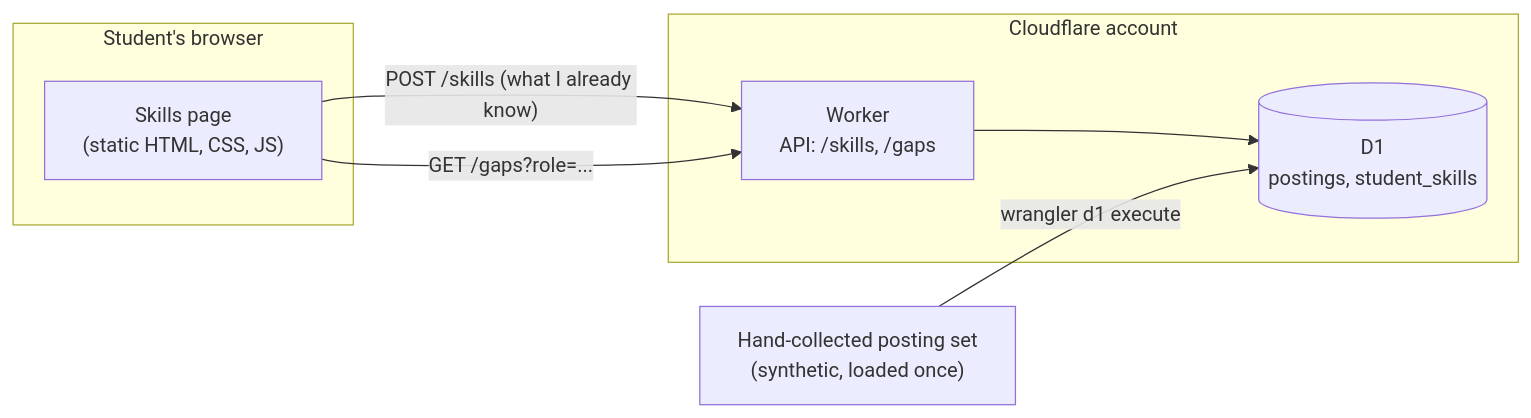
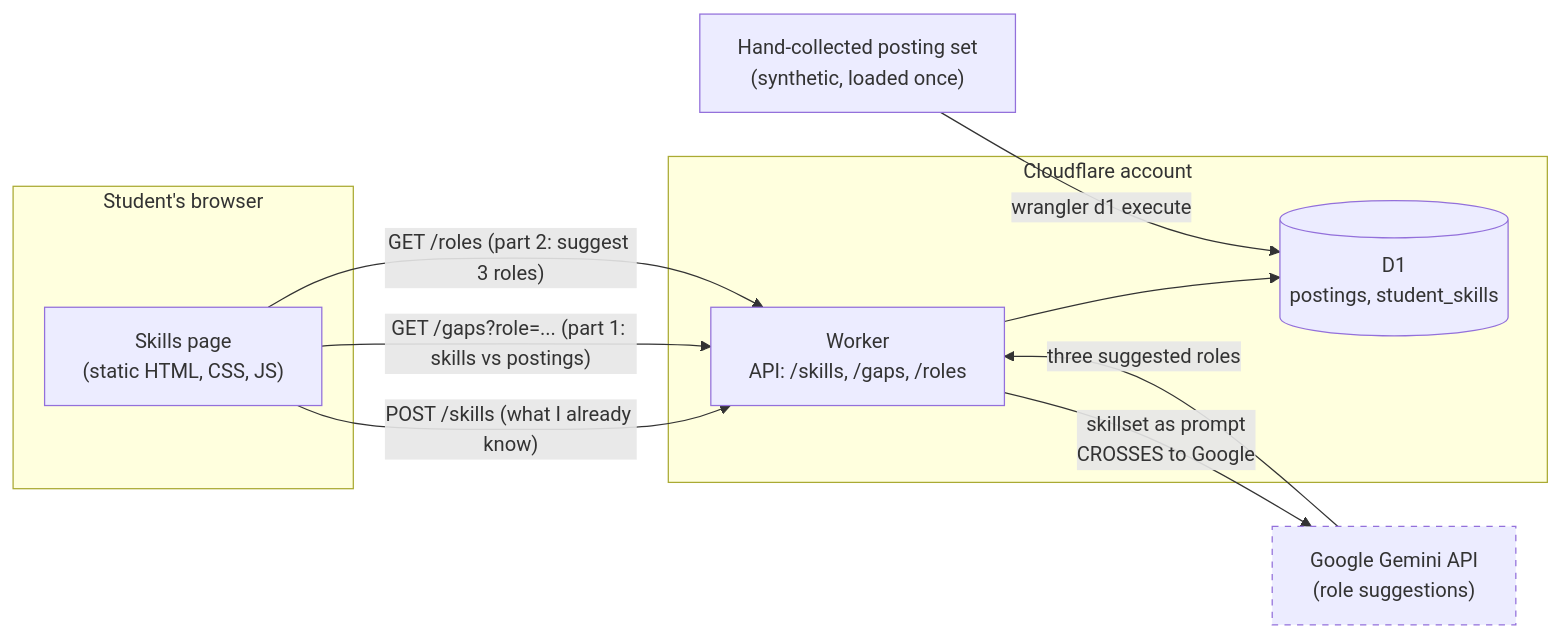
The diagram in context/ARCHITECTURE.md (aaronsarasota04/mgt3745-team-gamma), drawn with Mermaid before and after one commit. The commit also changed other lines of this file, not shown here.

First line of the commit message:
ARCHITECTURE.md: name the Gemini crossing, revise the Gate score

````diff
--- a/context/ARCHITECTURE.md
+++ b/context/ARCHITECTURE.md
@@ -174,16 +207,22 @@
 ```mermaid
 flowchart LR
     subgraph Student["Student's browser"]
         SP["Skills page<br/>(static HTML, CSS, JS)"]
     end
     subgraph CF["Cloudflare account"]
-        W["Worker<br/>API: /skills, /gaps"]
+        W["Worker<br/>API: /skills, /gaps, /roles"]
         DB[("D1<br/>postings, student_skills")]
     end
     POST["Hand-collected posting set<br/>(synthetic, loaded once)"]
+    G["Google Gemini API<br/>(role suggestions)"]
 
     SP -- "POST /skills (what I already know)" --> W
-    SP -- "GET /gaps?role=... " --> W
+    SP -- "GET /gaps?role=... (part 1: skills vs postings)" --> W
+    SP -- "GET /roles (part 2: suggest 3 roles)" --> W
     W --> DB
     POST -- "wrangler d1 execute" --> DB
+    W -- "skillset as prompt<br/>CROSSES to Google" --> G
+    G -- "three suggested roles" --> W
+
+    style G stroke-dasharray: 5 5
 ```
````
